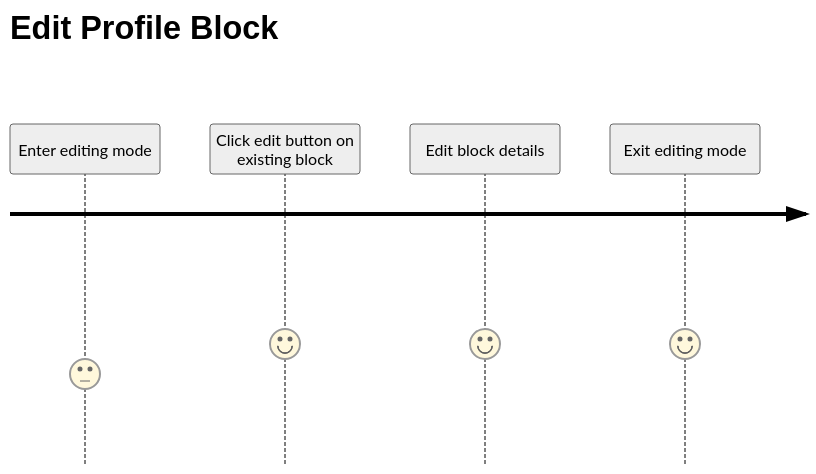
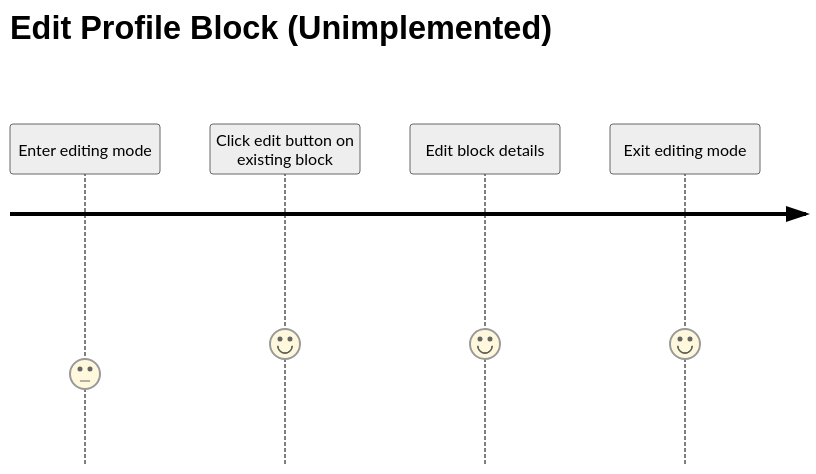
The eighth of 9 diagrams in docs/DESIGN.md (ucsb-cs148-f21/project-t10-animelist), drawn with Mermaid (neutral theme) before and after one commit. The commit also changed other lines of this file and 1 other file, not shown here.

````diff
--- a/docs/DESIGN.md
+++ b/docs/DESIGN.md
@@ -93,8 +155,8 @@
 ```mermaid
 journey
-  title Edit Profile Block
+  title Edit Profile Block (Unimplemented)
   Enter editing mode: 3
   Click edit button on existing block: 4
   Edit block details: 4
   Exit editing mode: 4
 ```
````
